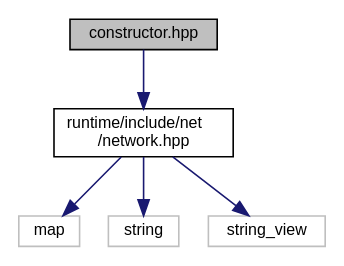
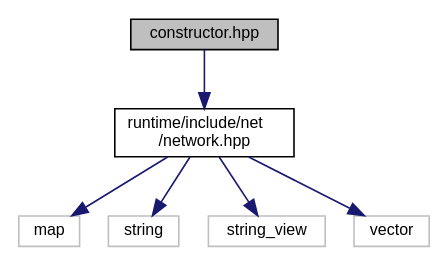
One commit to edgjj/cpp_vk_lib changed the diagram in docs/constructor_8hpp__incl.dot. Above: the diagram before and after it, drawn with Graphviz. The commit also changed 63 other files, not shown here.

```diff
--- a/docs/constructor_8hpp__incl.dot
+++ b/docs/constructor_8hpp__incl.dot
@@ -1,15 +1,17 @@
 digraph "constructor.hpp"
 {
  // LATEX_PDF_SIZE
   edge [fontname="Helvetica",fontsize="10",labelfontname="Helvetica",labelfontsize="10"];
   node [fontname="Helvetica",fontsize="10",shape=record];
   Node1 [label="constructor.hpp",height=0.2,width=0.4,color="black", fillcolor="grey75", style="filled", fontcolor="black",tooltip=" "];
   Node1 -> Node2 [color="midnightblue",fontsize="10",style="solid",fontname="Helvetica"];
   Node2 [label="runtime/include/net\l/network.hpp",height=0.2,width=0.4,color="black", fillcolor="white", style="filled",URL="$network_8hpp.html",tooltip=" "];
   Node2 -> Node3 [color="midnightblue",fontsize="10",style="solid",fontname="Helvetica"];
   Node3 [label="map",height=0.2,width=0.4,color="grey75", fillcolor="white", style="filled",tooltip=" "];
   Node2 -> Node4 [color="midnightblue",fontsize="10",style="solid",fontname="Helvetica"];
   Node4 [label="string",height=0.2,width=0.4,color="grey75", fillcolor="white", style="filled",tooltip=" "];
   Node2 -> Node5 [color="midnightblue",fontsize="10",style="solid",fontname="Helvetica"];
   Node5 [label="string_view",height=0.2,width=0.4,color="grey75", fillcolor="white", style="filled",tooltip=" "];
+  Node2 -> Node6 [color="midnightblue",fontsize="10",style="solid",fontname="Helvetica"];
+  Node6 [label="vector",height=0.2,width=0.4,color="grey75", fillcolor="white", style="filled",tooltip=" "];
 }
```
